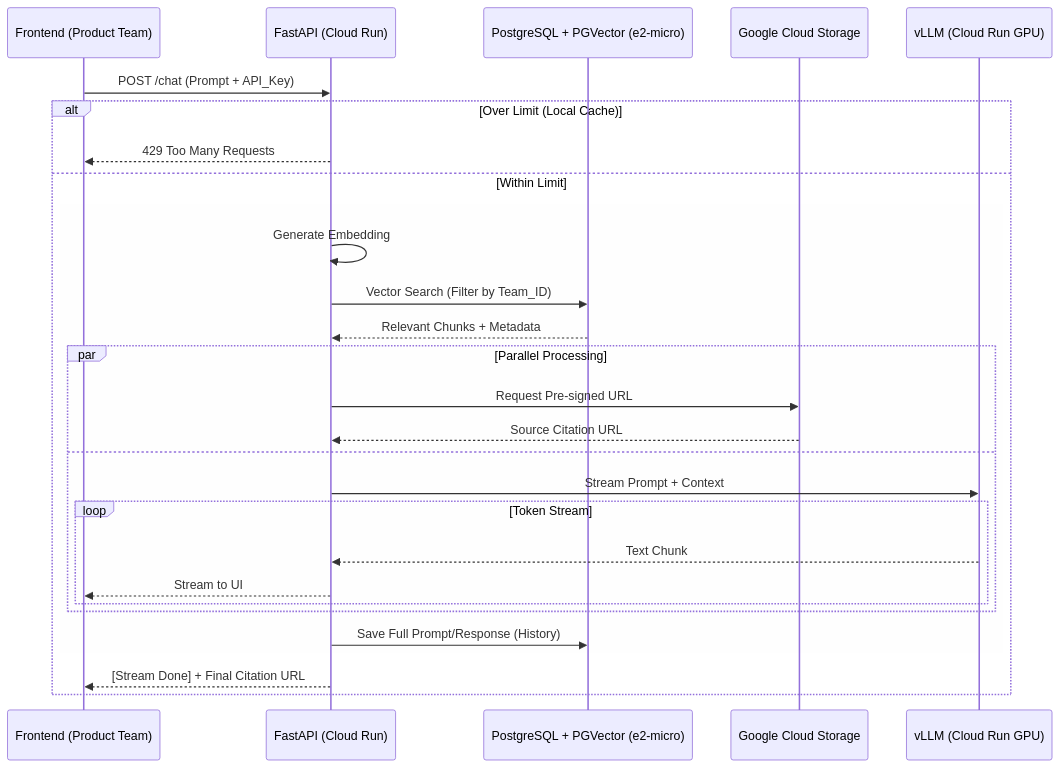
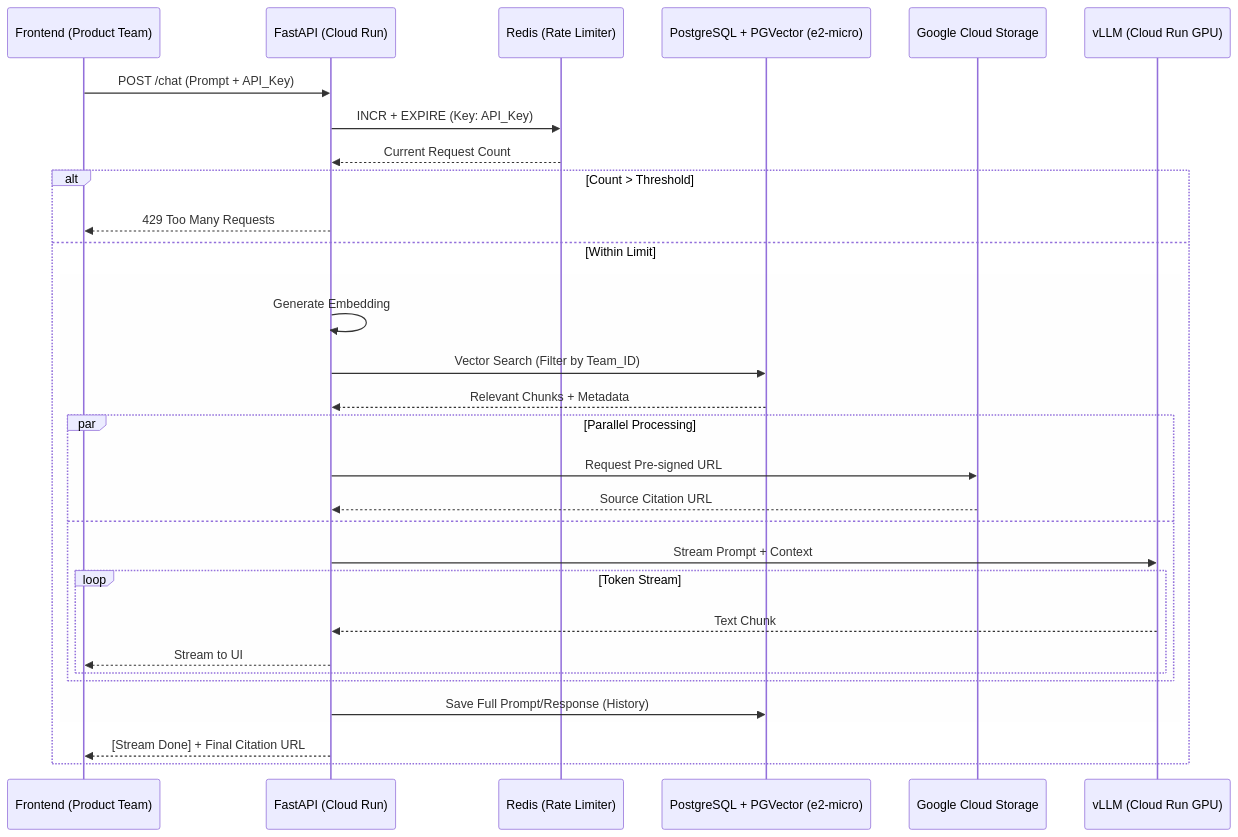
The diagram in sequence.md (Caleb-Hageman/ai-infra), drawn with Mermaid before and after one commit.

Commit message:
Update sequence.md to include redis

````diff
--- a/sequence.md
+++ b/sequence.md
@@ -1,37 +1,41 @@
 ```mermaid
     sequenceDiagram
     participant FE as Frontend (Product Team)
     participant API as FastAPI (Cloud Run)
+    participant Redis as Redis (Rate Limiter)
     participant DB as PostgreSQL + PGVector (e2-micro)
     participant GCS as Google Cloud Storage
     participant GPU as vLLM (Cloud Run GPU)
 
     FE->>API: POST /chat (Prompt + API_Key)
 
-    alt Over Limit (Local Cache)
+    API->>Redis: INCR + EXPIRE (Key: API_Key)
+    Redis-->>API: Current Request Count
+
+    alt Count > Threshold
         API-->>FE: 429 Too Many Requests
     else Within Limit
         
         rect rgba(240, 240, 240, 0.1)
             API->>API: Generate Embedding
             
             API->>DB: Vector Search (Filter by Team_ID)
             DB-->>API: Relevant Chunks + Metadata
             
             par Parallel Processing
                 API->>GCS: Request Pre-signed URL
                 GCS-->>API: Source Citation URL
             and
                 API->>GPU: Stream Prompt + Context
                 loop Token Stream
                     GPU-->>API: Text Chunk
                     API-->>FE: Stream to UI
                 end
             end
             
             API->>DB: Save Full Prompt/Response (History)
         end
         
         API-->>FE: [Stream Done] + Final Citation URL
     end
 ```
````
